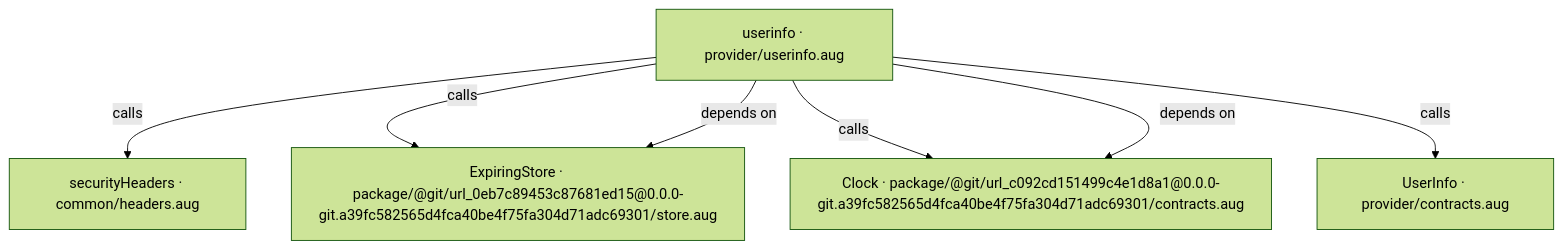
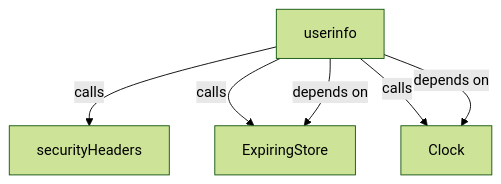
The first of 4 diagrams in docs/examples/oidc-login/provider/userinfo-diagrams.md (GreenPandaStudios/augscript), drawn with Mermaid (forest theme) before and after one commit. The commit also changed other lines of this file and 524 other files, not shown here.

Commit message:
Explain checked data flow at folder and service levels

````diff
--- a/docs/examples/oidc-login/provider/userinfo-diagrams.md
+++ b/docs/examples/oidc-login/provider/userinfo-diagrams.md
@@ -19,14 +19,12 @@
 ```mermaid
 flowchart TD
-    n0["securityHeaders · common/headers.aug"]
-    n1["ExpiringStore · package/@git/url_0eb7c89453c87681ed15@0.0.0-git.a39fc582565d4fca40be4f75fa304d71adc69301/store.aug"]
-    n2["Clock · package/@git/url_c092cd151499c4e1d8a1@0.0.0-git.a39fc582565d4fca40be4f75fa304d71adc69301/contracts.aug"]
-    n3["UserInfo · provider/contracts.aug"]
-    n4["userinfo · provider/userinfo.aug"]
-    n4 -->|"calls"| n0
-    n4 -->|"calls"| n1
-    n4 -->|"depends on"| n1
-    n4 -->|"calls"| n2
-    n4 -->|"depends on"| n2
-    n4 -->|"calls"| n3
+    n0["securityHeaders"]
+    n1["ExpiringStore"]
+    n2["Clock"]
+    n3["userinfo"]
+    n3 -->|"calls"| n0
+    n3 -->|"calls"| n1
+    n3 -->|"depends on"| n1
+    n3 -->|"calls"| n2
+    n3 -->|"depends on"| n2
 ```
````
